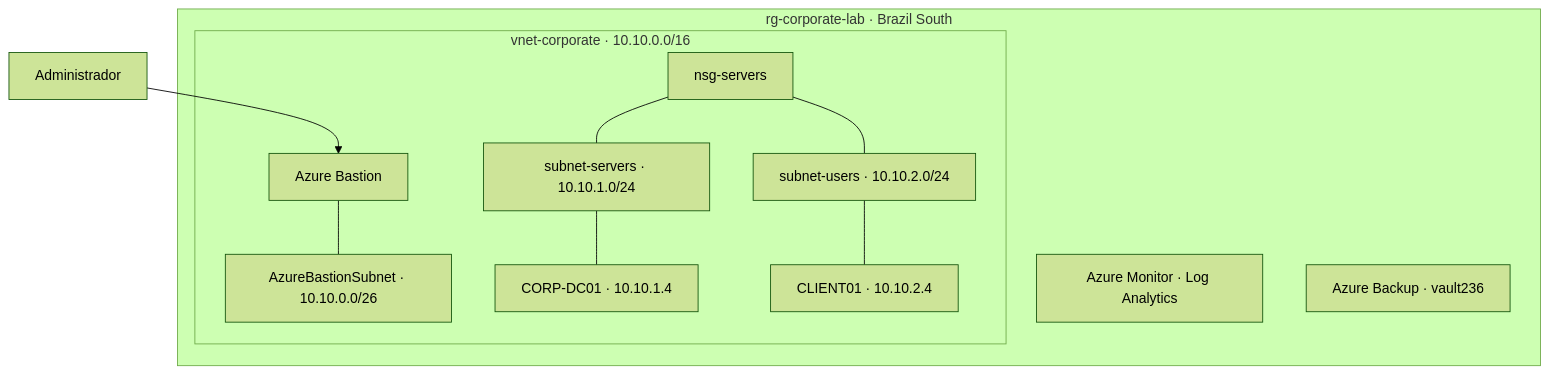
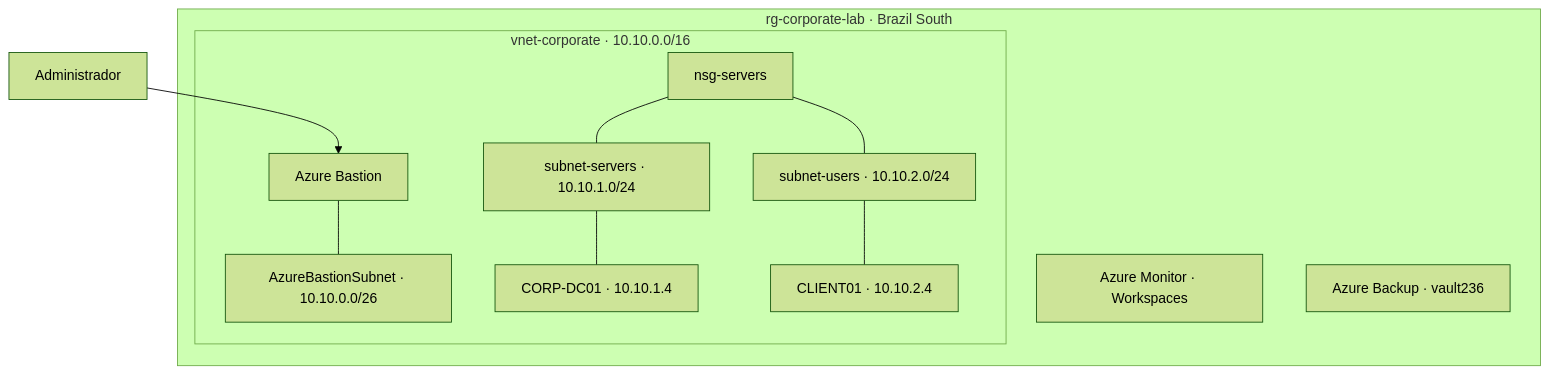
One commit to pedrosilva1403/azure-infrastructure-lab changed the diagram in README.md. Above: the diagram before and after it, drawn with Mermaid (forest theme). The commit also changed other lines of this file and 8 other files, not shown here.

````diff
--- a/README.md
+++ b/README.md
@@ -81,15 +87,15 @@
 ```mermaid
 flowchart TB
     admin[Administrador] --> bastion[Azure Bastion]
     subgraph azure[rg-corporate-lab · Brazil South]
         subgraph net[vnet-corporate · 10.10.0.0/16]
             bastion --- sb[AzureBastionSubnet · 10.10.0.0/26]
             servers[subnet-servers · 10.10.1.0/24] --- dc[CORP-DC01 · 10.10.1.4]
             users[subnet-users · 10.10.2.0/24] --- client[CLIENT01 · 10.10.2.4]
             nsg[nsg-servers] --- servers
             nsg --- users
         end
-        monitoring[Azure Monitor · Log Analytics]
+        monitoring[Azure Monitor · Workspaces]
         backup[Azure Backup · vault236]
     end
 ```
````
